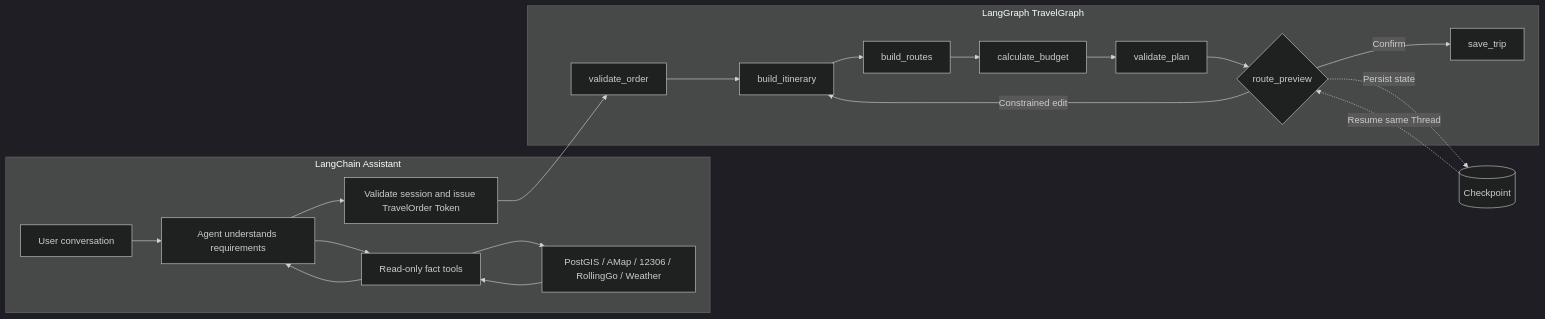
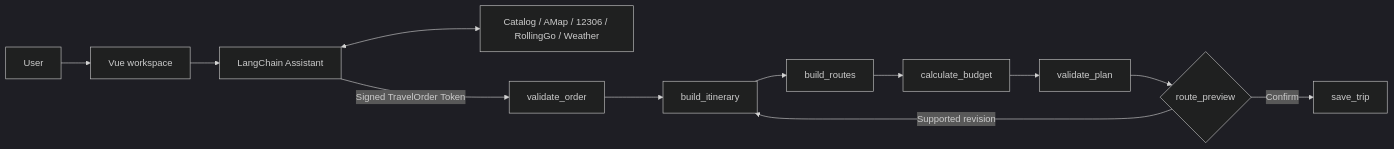
One commit to Kkkirito-123/OpenZLTravel changed the diagram in README.md. Above: the diagram before and after it, drawn with Mermaid (dark theme). The commit also changed other lines of this file and 1 other file, not shown here.

````diff
--- a/README.md
+++ b/README.md
@@ -182,26 +56,14 @@
 ```mermaid
 flowchart LR
-    subgraph LC[LangChain Assistant]
-        User[User conversation] --> Agent[Agent understands requirements]
-        Agent --> Tools[Read-only fact tools]
-        Tools --> Providers[PostGIS / AMap / 12306 / RollingGo / Weather]
-        Providers --> Tools
-        Tools --> Agent
-        Agent --> Handoff[Validate session and issue TravelOrder Token]
-    end
-
-    Handoff --> Validate
-
-    subgraph LG[LangGraph TravelGraph]
-        Validate[validate_order] --> Itinerary[build_itinerary]
-        Itinerary --> Routes[build_routes]
-        Routes --> Budget[calculate_budget]
-        Budget --> Plan[validate_plan]
-        Plan --> Preview{route_preview}
-        Preview -- Confirm --> Save[save_trip]
-        Preview -- Constrained edit --> Itinerary
-    end
-
-    Preview -. Persist state .-> Checkpoint[(Checkpoint)]
-    Checkpoint -. Resume same Thread .-> Preview
+    U[User] --> UI[Vue workspace]
+    UI --> A[LangChain Assistant]
+    A <--> P[Catalog / AMap / 12306 / RollingGo / Weather]
+    A -->|Signed TravelOrder Token| V[validate_order]
+    V --> I[build_itinerary]
+    I --> R[build_routes]
+    R --> B[calculate_budget]
+    B --> C[validate_plan]
+    C --> Q{route_preview}
+    Q -->|Supported revision| I
+    Q -->|Confirm| S[save_trip]
 ```
````
